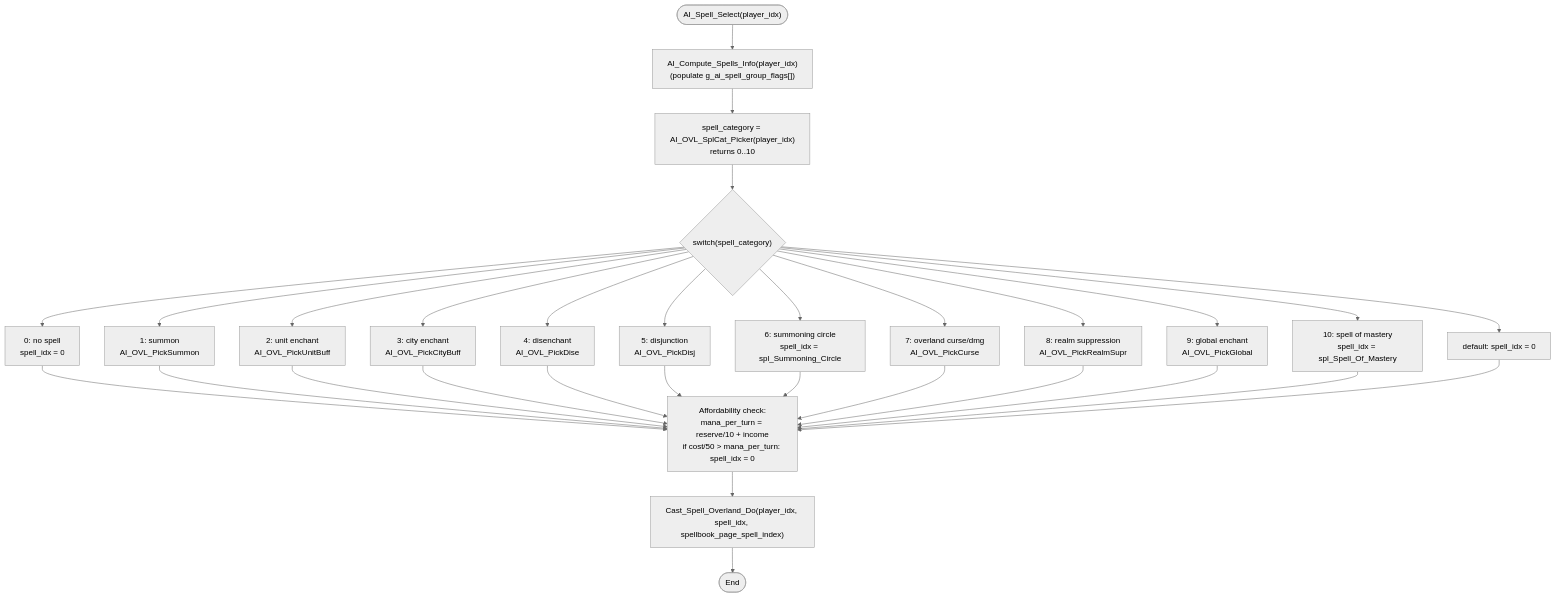
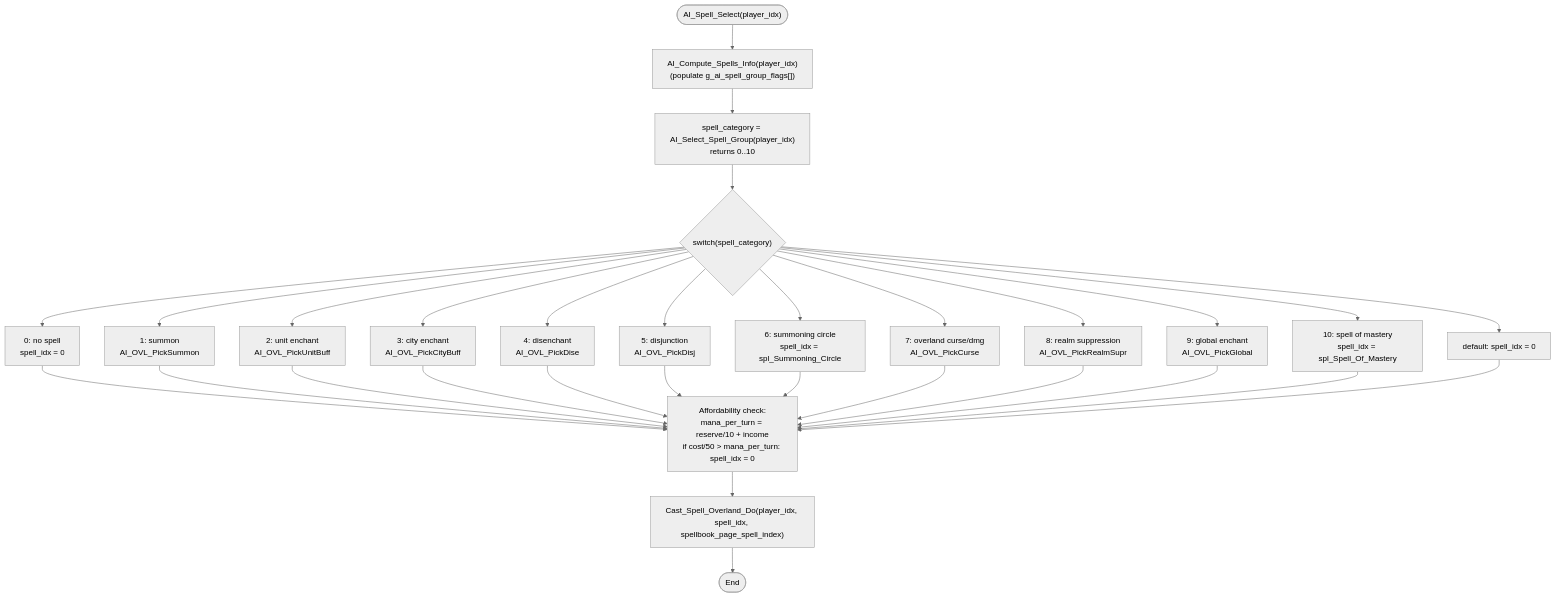
The diagram in doc/ComputerPlayer/AISPELL-AI_Spell_Select.md (jbalcomb/ReMoM), drawn with Mermaid (neutral theme) before and after one commit. The commit also changed other lines of this file and 11 other files, not shown here.

Commit message:
add AI_Select_Spell_Group()

````diff
--- a/doc/ComputerPlayer/AISPELL-AI_Spell_Select.md
+++ b/doc/ComputerPlayer/AISPELL-AI_Spell_Select.md
@@ -62,39 +62,39 @@
 ```mermaid
 flowchart TD
     Entry(["AI_Spell_Select(player_idx)"])
     Compute["AI_Compute_Spells_Info(player_idx)<br/>(populate g_ai_spell_group_flags[])"]
-    PickCat["spell_category = AI_OVL_SplCat_Picker(player_idx)<br/>returns 0..10"]
+    PickCat["spell_category = AI_Select_Spell_Group(player_idx)<br/>returns 0..10"]
     Switch{"switch(spell_category)"}
 
     C0["0: no spell<br/>spell_idx = 0"]
     C1["1: summon<br/>AI_OVL_PickSummon"]
     C2["2: unit enchant<br/>AI_OVL_PickUnitBuff"]
     C3["3: city enchant<br/>AI_OVL_PickCityBuff"]
     C4["4: disenchant<br/>AI_OVL_PickDise"]
     C5["5: disjunction<br/>AI_OVL_PickDisj"]
     C6["6: summoning circle<br/>spell_idx = spl_Summoning_Circle"]
     C7["7: overland curse/dmg<br/>AI_OVL_PickCurse"]
     C8["8: realm suppression<br/>AI_OVL_PickRealmSupr"]
     C9["9: global enchant<br/>AI_OVL_PickGlobal"]
     C10["10: spell of mastery<br/>spell_idx = spl_Spell_Of_Mastery"]
     CD["default: spell_idx = 0"]
 
     Afford["Affordability check:<br/>mana_per_turn = reserve/10 + income<br/>if cost/50 > mana_per_turn: spell_idx = 0"]
     Cast["Cast_Spell_Overland_Do(player_idx, spell_idx, spellbook_page_spell_index)"]
     Done(["End"])
 
     Entry --> Compute --> PickCat --> Switch
     Switch --> C0 --> Afford
     Switch --> C1 --> Afford
     Switch --> C2 --> Afford
     Switch --> C3 --> Afford
     Switch --> C4 --> Afford
     Switch --> C5 --> Afford
     Switch --> C6 --> Afford
     Switch --> C7 --> Afford
     Switch --> C8 --> Afford
     Switch --> C9 --> Afford
     Switch --> C10 --> Afford
     Switch --> CD --> Afford
     Afford --> Cast --> Done
 ```
````
